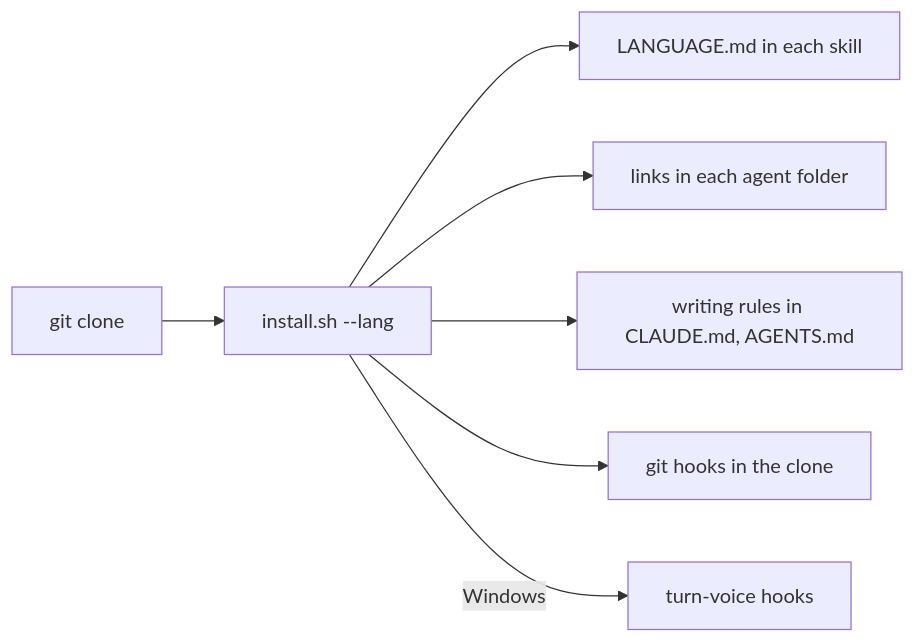
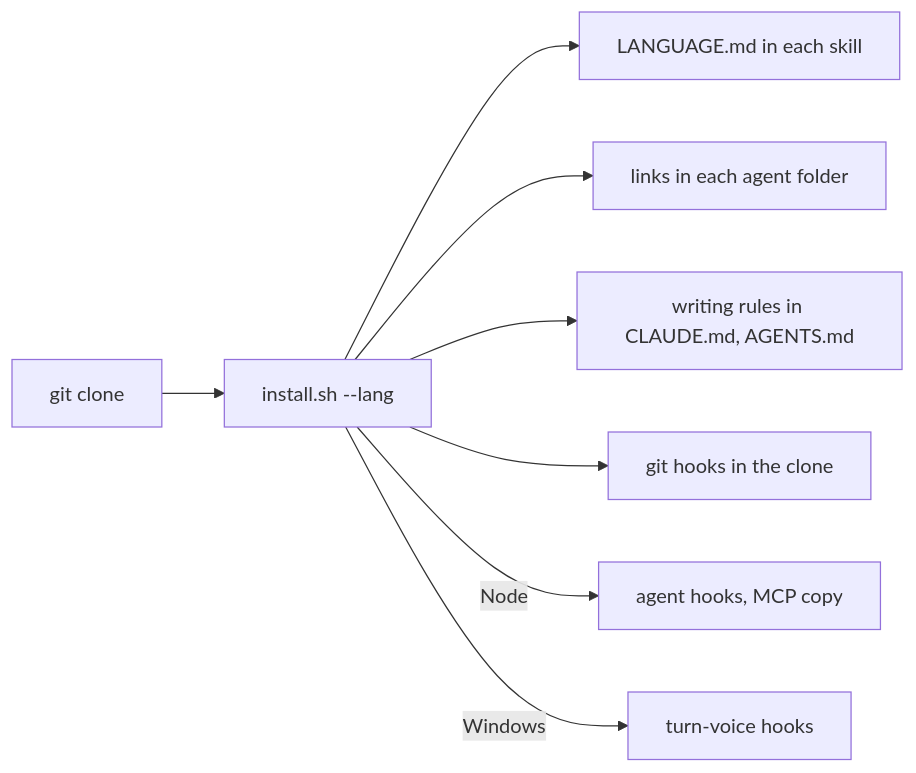
One commit to workbench-soft/agent-skills changed the first of 7 diagrams in docs/user-flows.md. Above: the diagram before and after it, drawn with Mermaid. The commit also changed other lines of this file and 20 other files, not shown here.

````diff
--- a/docs/user-flows.md
+++ b/docs/user-flows.md
@@ -17,9 +20,10 @@
 ```mermaid
 flowchart LR
   clone["git clone"] --> run["install.sh --lang"]
   run --> lang["LANGUAGE.md in each skill"]
   run --> links["links in each agent folder"]
   run --> rules["writing rules in CLAUDE.md, AGENTS.md"]
   run --> hooks["git hooks in the clone"]
+  run -->|Node| agent["agent hooks, MCP copy"]
   run -->|Windows| voice["turn-voice hooks"]
 ```
````
